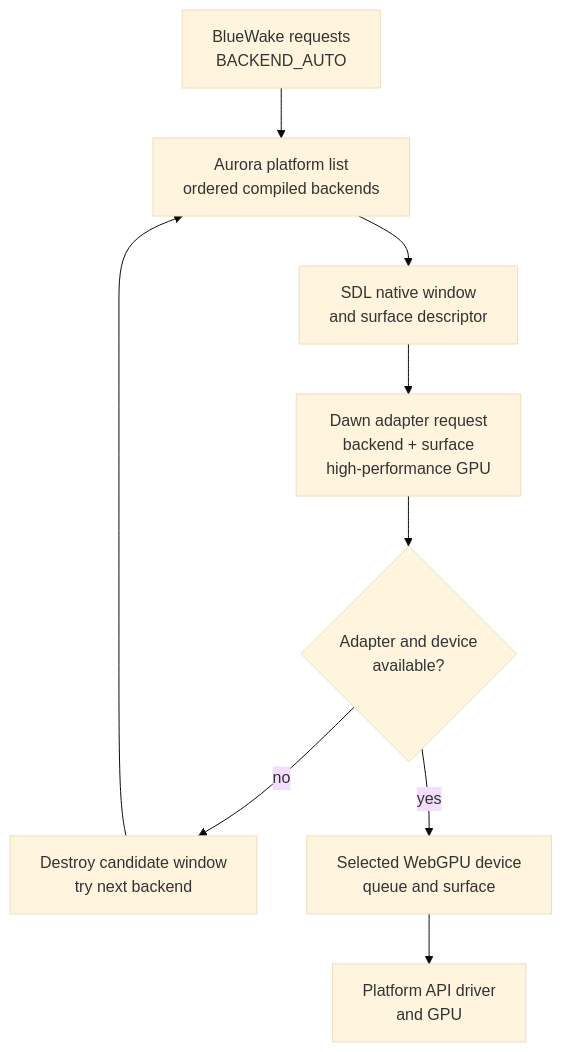
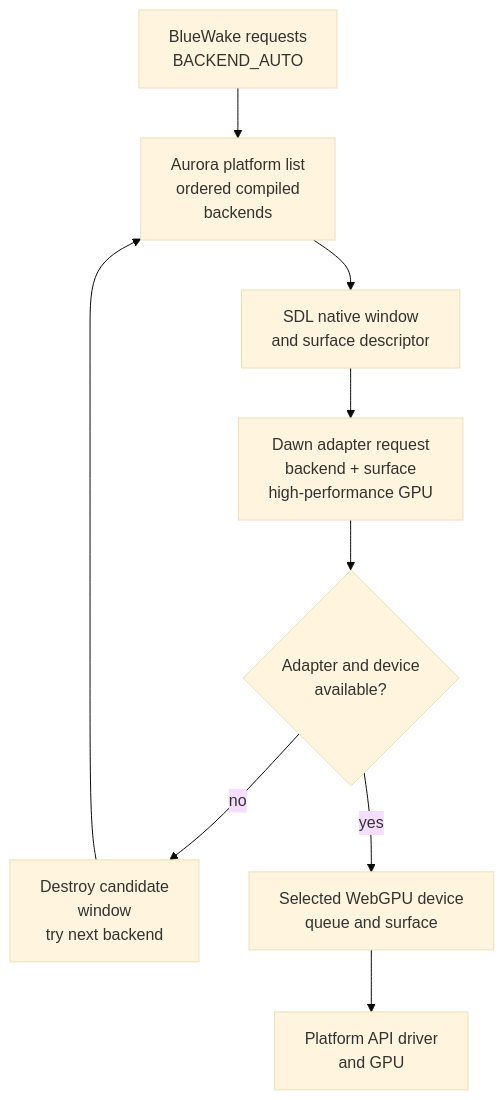
One commit to Aelbannan/boat_of_daphnes changed the third of 11 diagrams in docs/architecture/Graphics.md. Above: the diagram before and after it, drawn with Mermaid (base theme). The commit also changed other lines of this file and 7 other files, not shown here.

Commit message:
Wrap Mermaid diagram labels

````diff
--- a/docs/architecture/Graphics.md
+++ b/docs/architecture/Graphics.md
@@ -175,24 +178,26 @@
 ```mermaid
 flowchart TD
     Auto["`BlueWake requests
 BACKEND_AUTO`"]
     List["`Aurora platform list
-ordered compiled backends`"]
+ordered compiled
+backends`"]
     Window["`SDL native window
 and surface descriptor`"]
     Adapter["`Dawn adapter request
 backend + surface
 high-performance GPU`"]
     Ready{"`Adapter and device
 available?`"}
-    Next["`Destroy candidate window
+    Next["`Destroy candidate
+window
 try next backend`"]
     Device["`Selected WebGPU device
 queue and surface`"]
     API["`Platform API driver
 and GPU`"]
 
     Auto --> List --> Window --> Adapter --> Ready
     Ready -->|"no"| Next --> List
     Ready -->|"yes"| Device --> API
 ```
````
